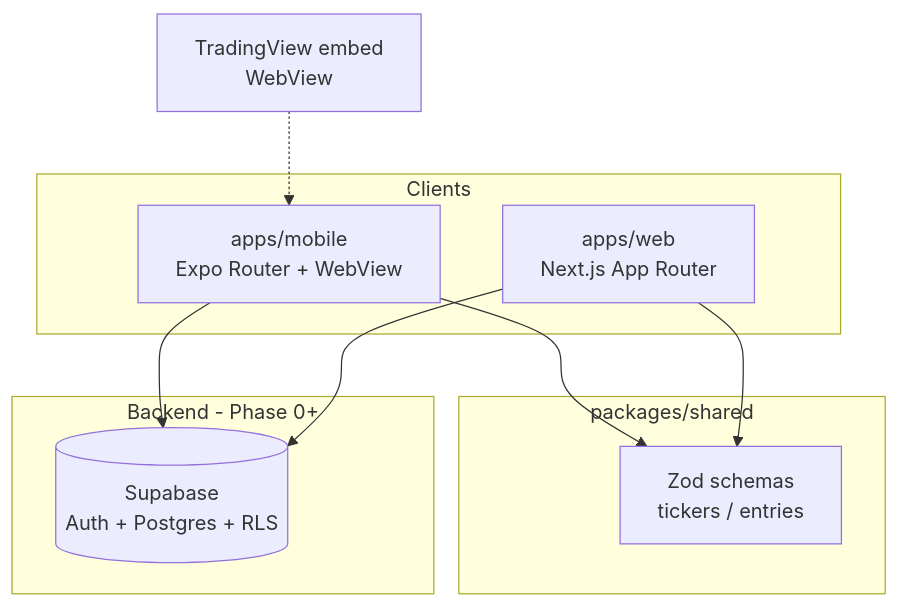
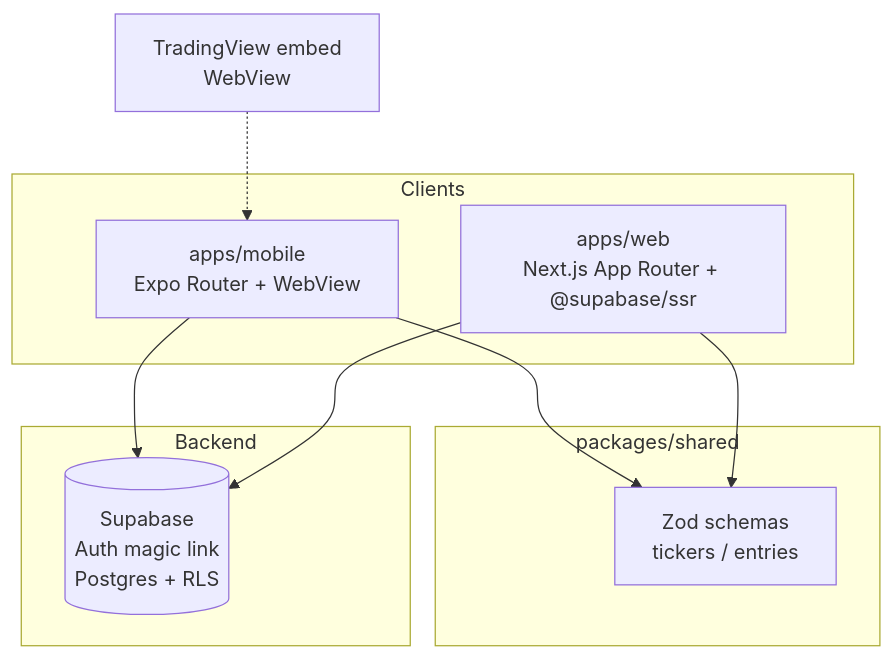
One commit to scs0209/ticker-journal changed the second of 5 diagrams in docs/portfolio.md. Above: the diagram before and after it, drawn with Mermaid. The commit also changed other lines of this file and 4 other files, not shown here.

````diff
--- a/docs/portfolio.md
+++ b/docs/portfolio.md
@@ -47,21 +48,21 @@
 ```mermaid
 flowchart TB
   subgraph clients [Clients]
     M[apps/mobile<br/>Expo Router + WebView]
-    W[apps/web<br/>Next.js App Router]
+    W[apps/web<br/>Next.js App Router + @supabase/ssr]
   end
 
   subgraph shared [packages/shared]
     Z[Zod schemas<br/>tickers / entries]
   end
 
-  subgraph backend [Backend - Phase 0+]
-    SB[(Supabase<br/>Auth + Postgres + RLS)]
+  subgraph backend [Backend]
+    SB[(Supabase<br/>Auth magic link<br/>Postgres + RLS)]
   end
 
   M --> Z
   W --> Z
   M --> SB
   W --> SB
   C[TradingView embed<br/>WebView] -.-> M
 ```
````
